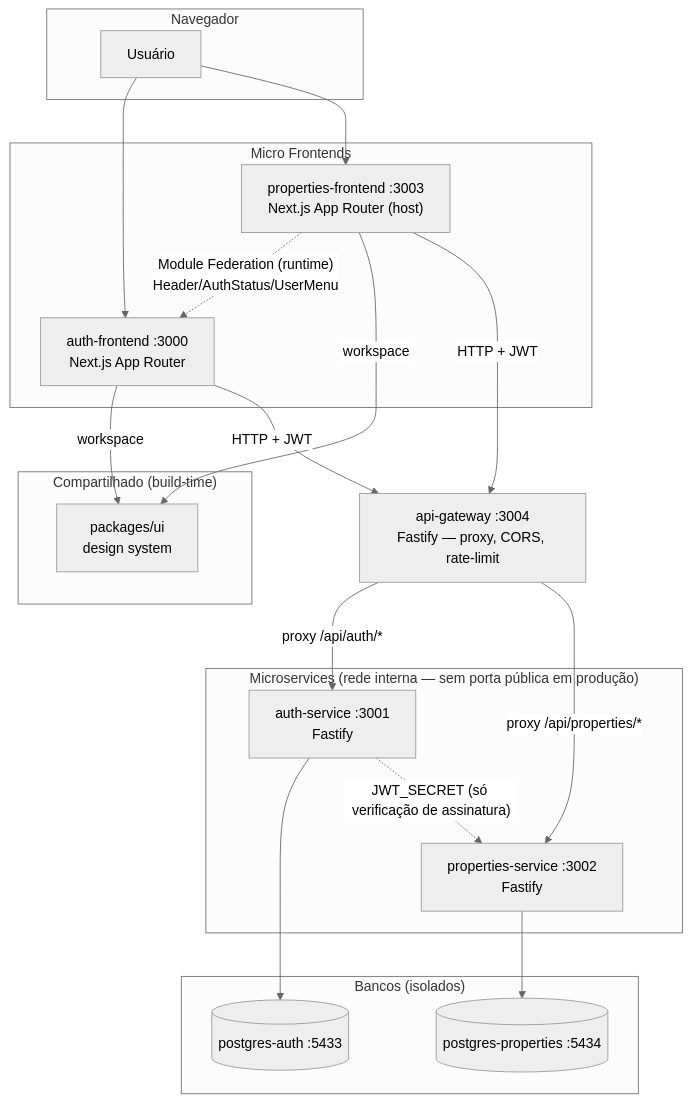
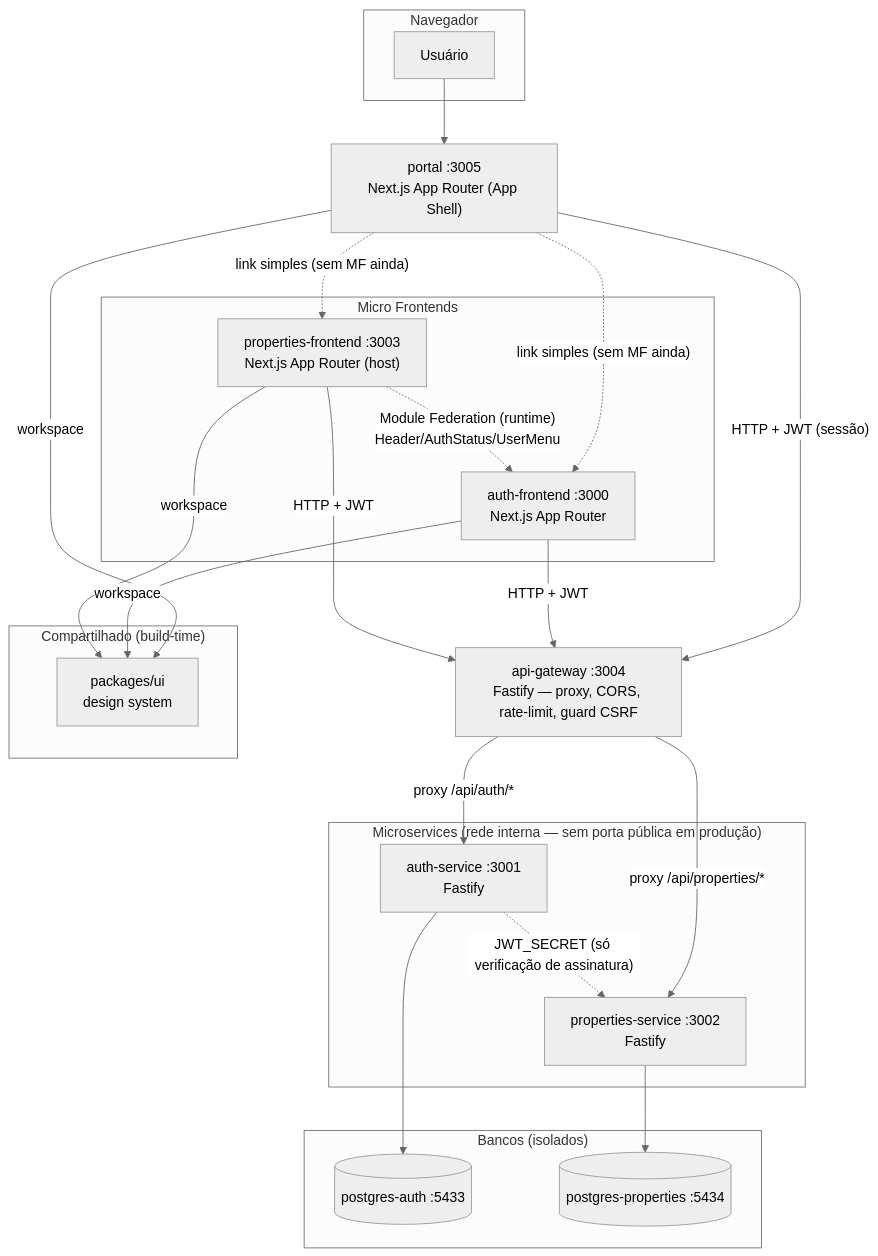
The first of 6 diagrams in docs/ARCHITECTURE.md (LucasLevingston/ImobCore), drawn with Mermaid (neutral theme) before and after one commit. The commit also changed other lines of this file and 107 other files, not shown here.

````diff
--- a/docs/ARCHITECTURE.md
+++ b/docs/ARCHITECTURE.md
@@ -78,40 +78,45 @@
 ```mermaid
 graph TB
     subgraph Client["Navegador"]
         U["Usuário"]
     end
+
+    PT["portal :3005<br/>Next.js App Router (App Shell)"]
 
     subgraph Frontends["Micro Frontends"]
         AF["auth-frontend :3000<br/>Next.js App Router"]
         PF["properties-frontend :3003<br/>Next.js App Router (host)"]
     end
 
     subgraph Shared["Compartilhado (build-time)"]
         UI["packages/ui<br/>design system"]
     end
 
-    GW["api-gateway :3004<br/>Fastify — proxy, CORS, rate-limit"]
+    GW["api-gateway :3004<br/>Fastify — proxy, CORS, rate-limit, guard CSRF"]
 
     subgraph Services["Microservices (rede interna — sem porta pública em produção)"]
         AS["auth-service :3001<br/>Fastify"]
         PS["properties-service :3002<br/>Fastify"]
     end
 
     subgraph DB["Bancos (isolados)"]
         DBA[("postgres-auth :5433")]
         DBP[("postgres-properties :5434")]
     end
 
-    U --> AF
-    U --> PF
+    U --> PT
+    PT -. "link simples (sem MF ainda)" .-> AF
+    PT -. "link simples (sem MF ainda)" .-> PF
     PF -. "Module Federation (runtime)<br/>Header/AuthStatus/UserMenu" .-> AF
+    PT -- workspace --> UI
     AF -- workspace --> UI
     PF -- workspace --> UI
+    PT -- "HTTP + JWT (sessão)" --> GW
     AF -- "HTTP + JWT" --> GW
     PF -- "HTTP + JWT" --> GW
     GW -- "proxy /api/auth/*" --> AS
     GW -- "proxy /api/properties/*" --> PS
     AS --> DBA
     PS --> DBP
     AS -. "JWT_SECRET (só verificação de assinatura)" .-> PS
 ```
````
